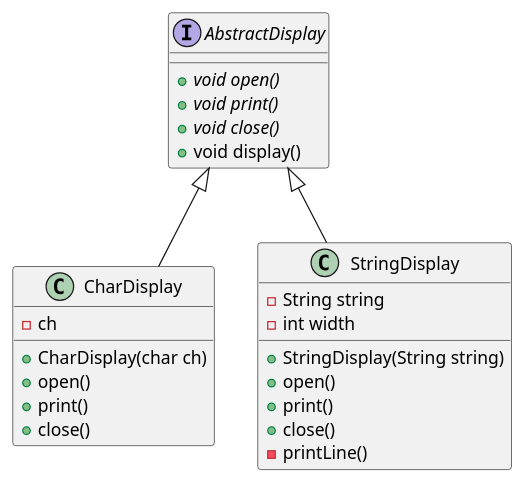
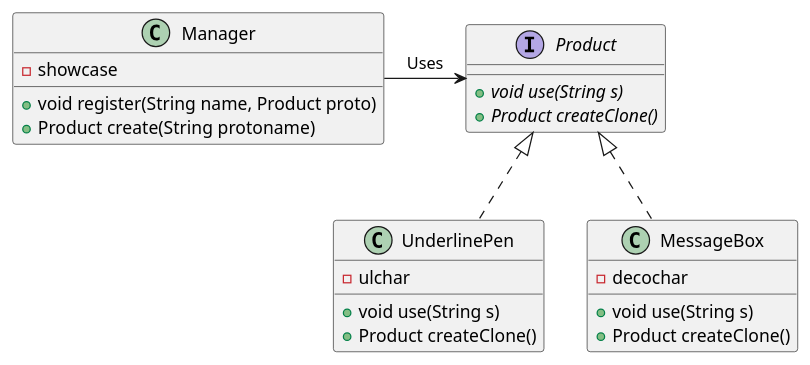
Before and after one commit to ku2ma2/design_pattern: the diagram in Template/README.md, drawn with PlantUML. The commit also changed 2 other files, not shown here.

Commit message:
Add PlantUML to README

````diff
--- a/Template/README.md
+++ b/Template/README.md
@@ -4,35 +4,33 @@
 ```uml
 @startuml
 
-
-interface AbstractDisplay {
-    {abstract} +void open()
-    {abstract} +void print()
-    {abstract} +void close()
-    +void display()
+class Manager {
+    -showcase
+    +void register(String name, Product proto)
+    +Product create(String protoname)
 }
 
-class CharDisplay {
-    -ch
-    +CharDisplay(char ch)
-    +open()
-    +print()
-    +close()
+interface Product {
+    {abstract} +void use(String s)
+    {abstract} +Product createClone()
 }
 
-class StringDisplay {
-  -String string
-  -int width
-  +StringDisplay(String string)
-  +open()
-  +print()
-  +close()
-  -printLine()
+class UnderlinePen {
+    -ulchar
+    +void use(String s)
+    +Product createClone()
 }
 
-CharDisplay -up-|> AbstractDisplay
-StringDisplay -up-|> AbstractDisplay
+class MessageBox {
+    -decochar
+    +void use(String s)
+    +Product createClone()
+}
+
+Manager -right-> Product: Uses
+UnderlinePen .up.|> Product
+MessageBox .up.|> Product
 
 
 @enduml
 ```
````
